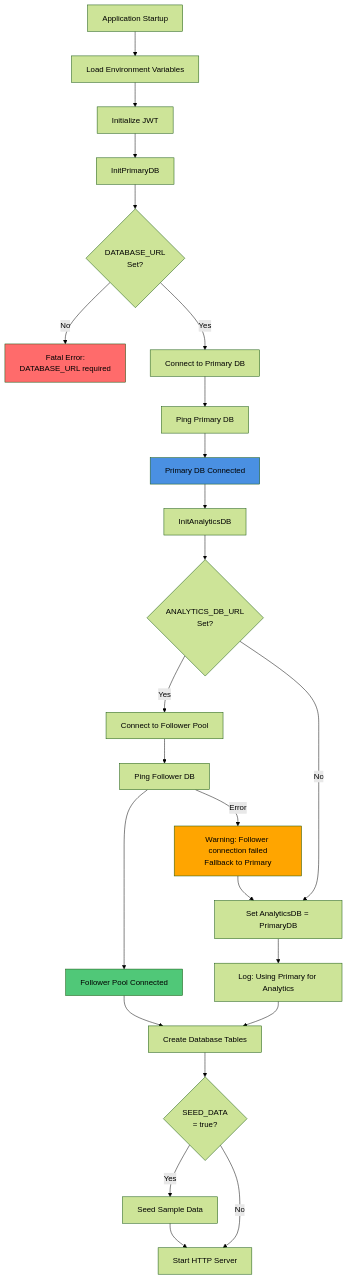
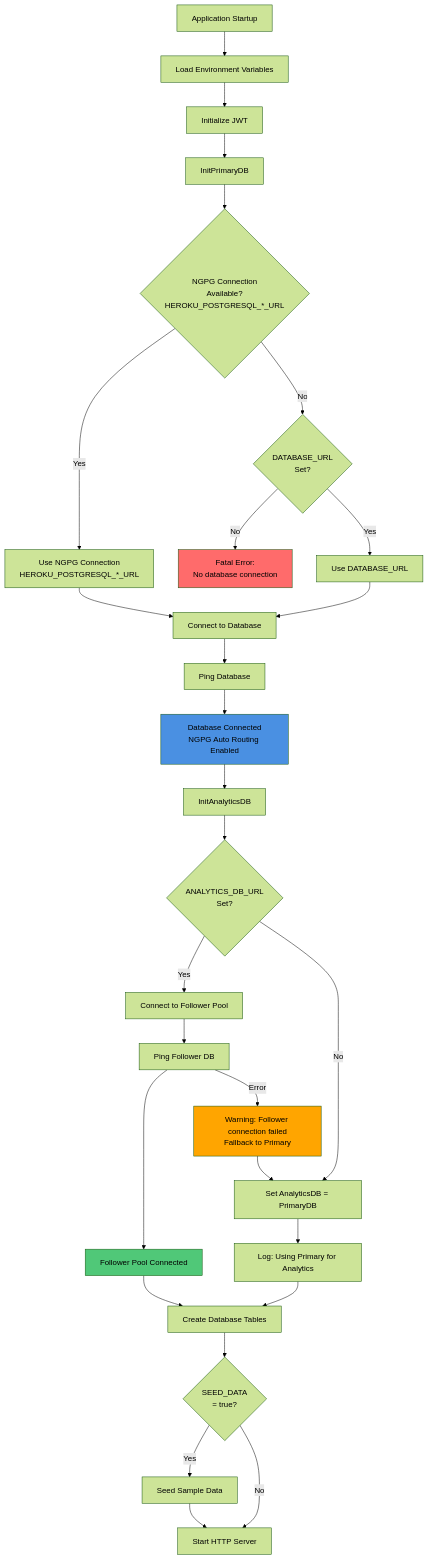
Before and after one commit to heroku-examples/saas-go-app: diagram 12 of 18 in ARCHITECTURE.md, drawn with Mermaid (forest theme). The commit also changed other lines of this file, not shown here.

````diff
--- a/ARCHITECTURE.md
+++ b/ARCHITECTURE.md
@@ -460,36 +539,40 @@
 ```mermaid
 flowchart TD
     Start[Application Startup] --> LoadEnv[Load Environment Variables]
     LoadEnv --> InitJWT[Initialize JWT]
     InitJWT --> InitPrimary[InitPrimaryDB]
     
-    InitPrimary --> CheckDATABASE{DATABASE_URL<br/>Set?}
-    CheckDATABASE -->|No| Error1[Fatal Error:<br/>DATABASE_URL required]
-    CheckDATABASE -->|Yes| ConnectPrimary[Connect to Primary DB]
-    ConnectPrimary --> PingPrimary[Ping Primary DB]
-    PingPrimary --> Success1[Primary DB Connected]
+    InitPrimary --> CheckNGPG{NGPG Connection<br/>Available?<br/>HEROKU_POSTGRESQL_*_URL}
+    CheckNGPG -->|Yes| UseNGPG[Use NGPG Connection<br/>HEROKU_POSTGRESQL_*_URL]
+    CheckNGPG -->|No| CheckDATABASE{DATABASE_URL<br/>Set?}
+    CheckDATABASE -->|No| Error1[Fatal Error:<br/>No database connection]
+    CheckDATABASE -->|Yes| UseDATABASE[Use DATABASE_URL]
+    UseNGPG --> ConnectDB[Connect to Database]
+    UseDATABASE --> ConnectDB
+    ConnectDB --> PingDB[Ping Database]
+    PingDB --> Success1[Database Connected<br/>NGPG Auto Routing Enabled]
     
     Success1 --> InitAnalytics[InitAnalyticsDB]
     InitAnalytics --> CheckANALYTICS{ANALYTICS_DB_URL<br/>Set?}
     
     CheckANALYTICS -->|Yes| ConnectFollower[Connect to Follower Pool]
     ConnectFollower --> PingFollower[Ping Follower DB]
     PingFollower --> Success2[Follower Pool Connected]
     PingFollower -->|Error| Warn1[Warning: Follower connection failed<br/>Fallback to Primary]
     
     CheckANALYTICS -->|No| Fallback[Set AnalyticsDB = PrimaryDB]
     Warn1 --> Fallback
     Fallback --> Log[Log: Using Primary for Analytics]
     
     Success2 --> CreateTables[Create Database Tables]
     Log --> CreateTables
     CreateTables --> SeedData{SEED_DATA<br/>= true?}
     SeedData -->|Yes| Seed[Seed Sample Data]
     SeedData -->|No| StartServer
     Seed --> StartServer[Start HTTP Server]
     
     style Success2 fill:#50c878
     style Success1 fill:#4a90e2
     style Error1 fill:#ff6b6b
     style Warn1 fill:#ffa500
 ```
````
